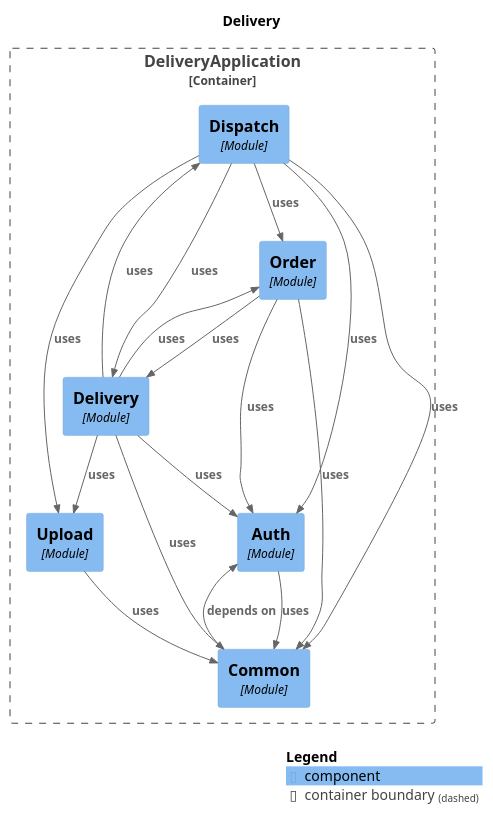
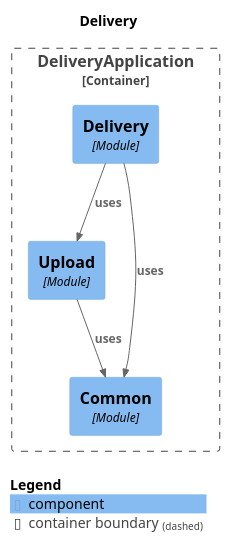
Before and after one commit to fxavier/pede-aqui: the diagram in docs/architecture/modules/module-delivery.puml, drawn with PlantUML. The commit also changed 22 other files, not shown here.

```diff
--- a/docs/architecture/modules/module-delivery.puml
+++ b/docs/architecture/modules/module-delivery.puml
@@ -1,38 +1,22 @@
 @startuml
 set separator none
 title Delivery
 
 top to bottom direction
 
 !include <C4/C4>
 !include <C4/C4_Context>
 !include <C4/C4_Component>
 
 Container_Boundary("DeliveryApplication.DeliveryApplication_boundary", "DeliveryApplication", $tags="") {
-  Component(DeliveryApplication.DeliveryApplication.Dispatch, "Dispatch", $techn="Module", $descr="", $tags="", $link="")
-  Component(DeliveryApplication.DeliveryApplication.Order, "Order", $techn="Module", $descr="", $tags="", $link="")
   Component(DeliveryApplication.DeliveryApplication.Upload, "Upload", $techn="Module", $descr="", $tags="", $link="")
-  Component(DeliveryApplication.DeliveryApplication.Auth, "Auth", $techn="Module", $descr="", $tags="", $link="")
   Component(DeliveryApplication.DeliveryApplication.Common, "Common", $techn="Module", $descr="", $tags="", $link="")
   Component(DeliveryApplication.DeliveryApplication.Delivery, "Delivery", $techn="Module", $descr="", $tags="", $link="")
 }
 
-Rel(DeliveryApplication.DeliveryApplication.Common, DeliveryApplication.DeliveryApplication.Auth, "depends on", $techn="", $tags="", $link="")
-Rel(DeliveryApplication.DeliveryApplication.Delivery, DeliveryApplication.DeliveryApplication.Auth, "uses", $techn="", $tags="", $link="")
-Rel(DeliveryApplication.DeliveryApplication.Delivery, DeliveryApplication.DeliveryApplication.Dispatch, "uses", $techn="", $tags="", $link="")
 Rel(DeliveryApplication.DeliveryApplication.Delivery, DeliveryApplication.DeliveryApplication.Common, "uses", $techn="", $tags="", $link="")
-Rel(DeliveryApplication.DeliveryApplication.Delivery, DeliveryApplication.DeliveryApplication.Order, "uses", $techn="", $tags="", $link="")
 Rel(DeliveryApplication.DeliveryApplication.Delivery, DeliveryApplication.DeliveryApplication.Upload, "uses", $techn="", $tags="", $link="")
-Rel(DeliveryApplication.DeliveryApplication.Auth, DeliveryApplication.DeliveryApplication.Common, "uses", $techn="", $tags="", $link="")
-Rel(DeliveryApplication.DeliveryApplication.Order, DeliveryApplication.DeliveryApplication.Common, "uses", $techn="", $tags="", $link="")
-Rel(DeliveryApplication.DeliveryApplication.Order, DeliveryApplication.DeliveryApplication.Auth, "uses", $techn="", $tags="", $link="")
-Rel(DeliveryApplication.DeliveryApplication.Order, DeliveryApplication.DeliveryApplication.Delivery, "uses", $techn="", $tags="", $link="")
-Rel(DeliveryApplication.DeliveryApplication.Dispatch, DeliveryApplication.DeliveryApplication.Auth, "uses", $techn="", $tags="", $link="")
-Rel(DeliveryApplication.DeliveryApplication.Dispatch, DeliveryApplication.DeliveryApplication.Delivery, "uses", $techn="", $tags="", $link="")
-Rel(DeliveryApplication.DeliveryApplication.Dispatch, DeliveryApplication.DeliveryApplication.Common, "uses", $techn="", $tags="", $link="")
-Rel(DeliveryApplication.DeliveryApplication.Dispatch, DeliveryApplication.DeliveryApplication.Upload, "uses", $techn="", $tags="", $link="")
-Rel(DeliveryApplication.DeliveryApplication.Dispatch, DeliveryApplication.DeliveryApplication.Order, "uses", $techn="", $tags="", $link="")
 Rel(DeliveryApplication.DeliveryApplication.Upload, DeliveryApplication.DeliveryApplication.Common, "uses", $techn="", $tags="", $link="")
 
 SHOW_LEGEND(true)
 @enduml
```
